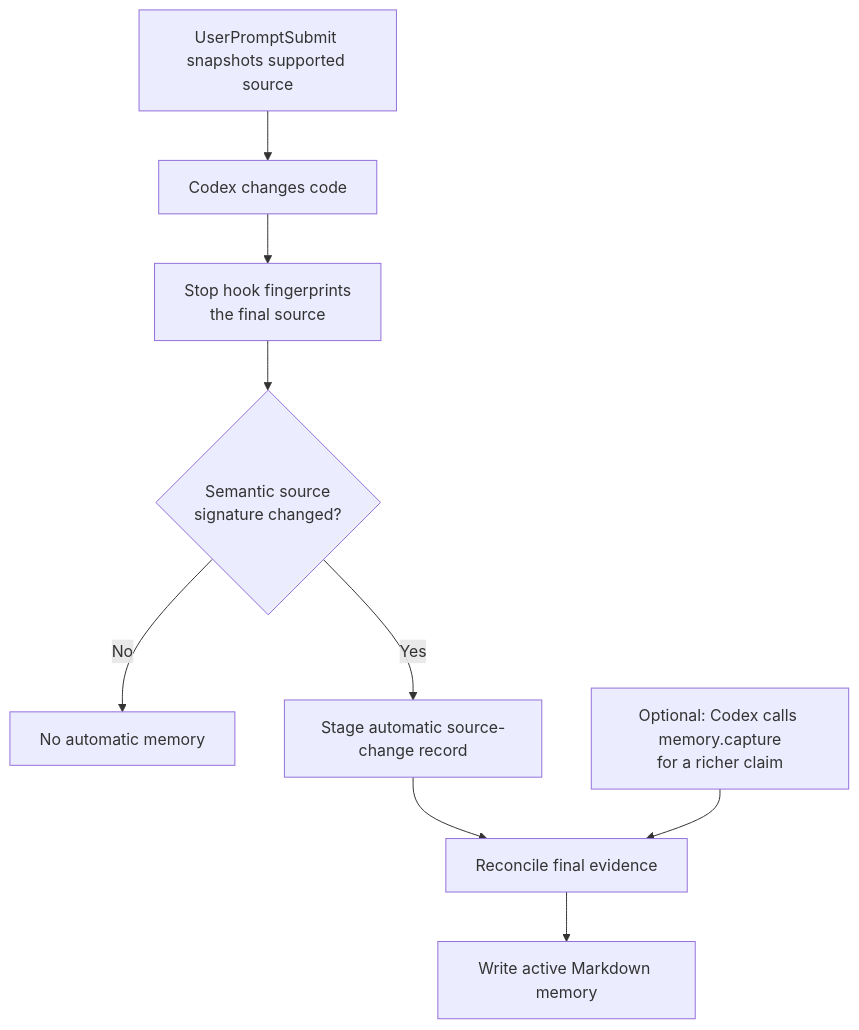
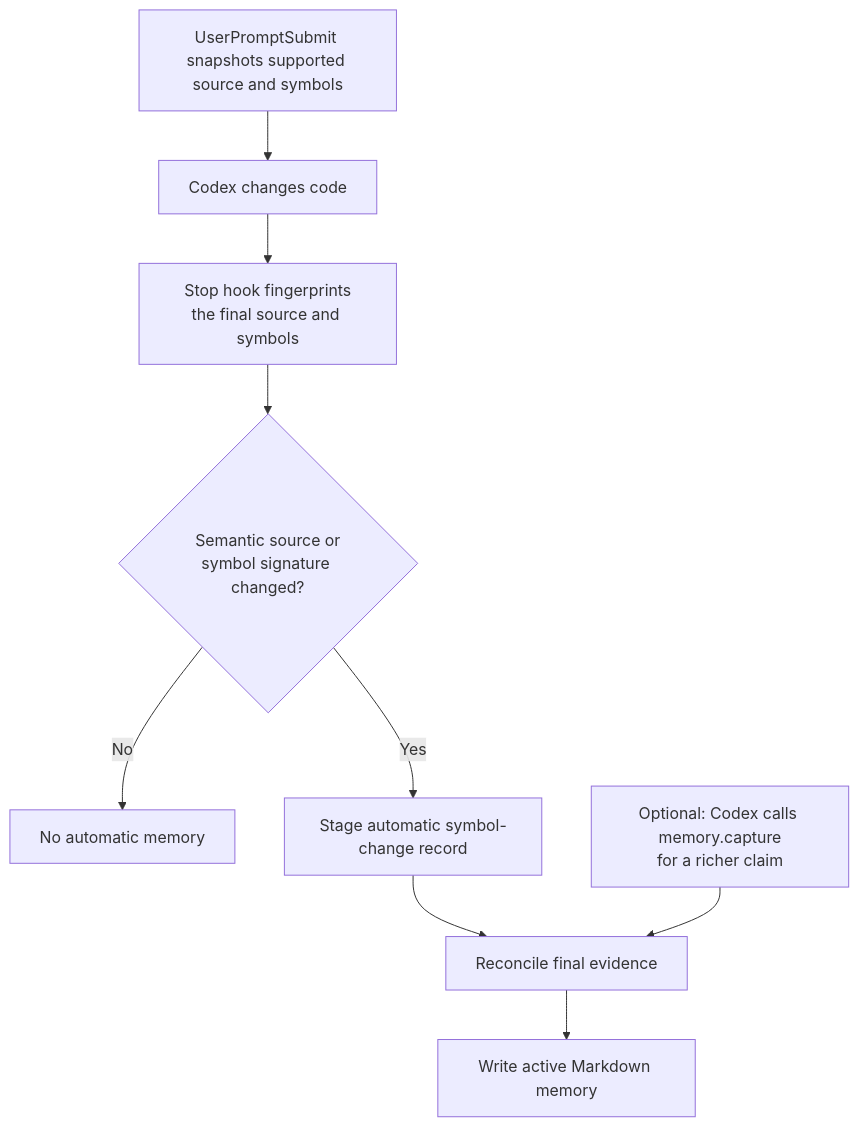
The second of 2 diagrams in README.md (fagnermourafeitosa/memory-stale), drawn with Mermaid before and after one commit. The commit also changed other lines of this file and 6 other files, not shown here.

Commit message:
feat: record automatic memory by symbol

````diff
--- a/README.md
+++ b/README.md
@@ -87,11 +87,11 @@
 ```mermaid
 flowchart TD
-    A[UserPromptSubmit snapshots supported source] --> B[Codex changes code]
-    B --> C["Stop hook fingerprints<br/>the final source"]
-    C --> D{"Semantic source<br/>signature changed?"}
+    A[UserPromptSubmit snapshots supported source and symbols] --> B[Codex changes code]
+    B --> C["Stop hook fingerprints<br/>the final source and symbols"]
+    C --> D{"Semantic source or<br/>symbol signature changed?"}
     D -->|No| E[No automatic memory]
-    D -->|Yes| F[Stage automatic source-change record]
+    D -->|Yes| F[Stage automatic symbol-change record]
     F --> G[Reconcile final evidence]
     G --> H[Write active Markdown memory]
     I["Optional: Codex calls memory.capture<br/>for a richer claim"] --> G
 ```
````
